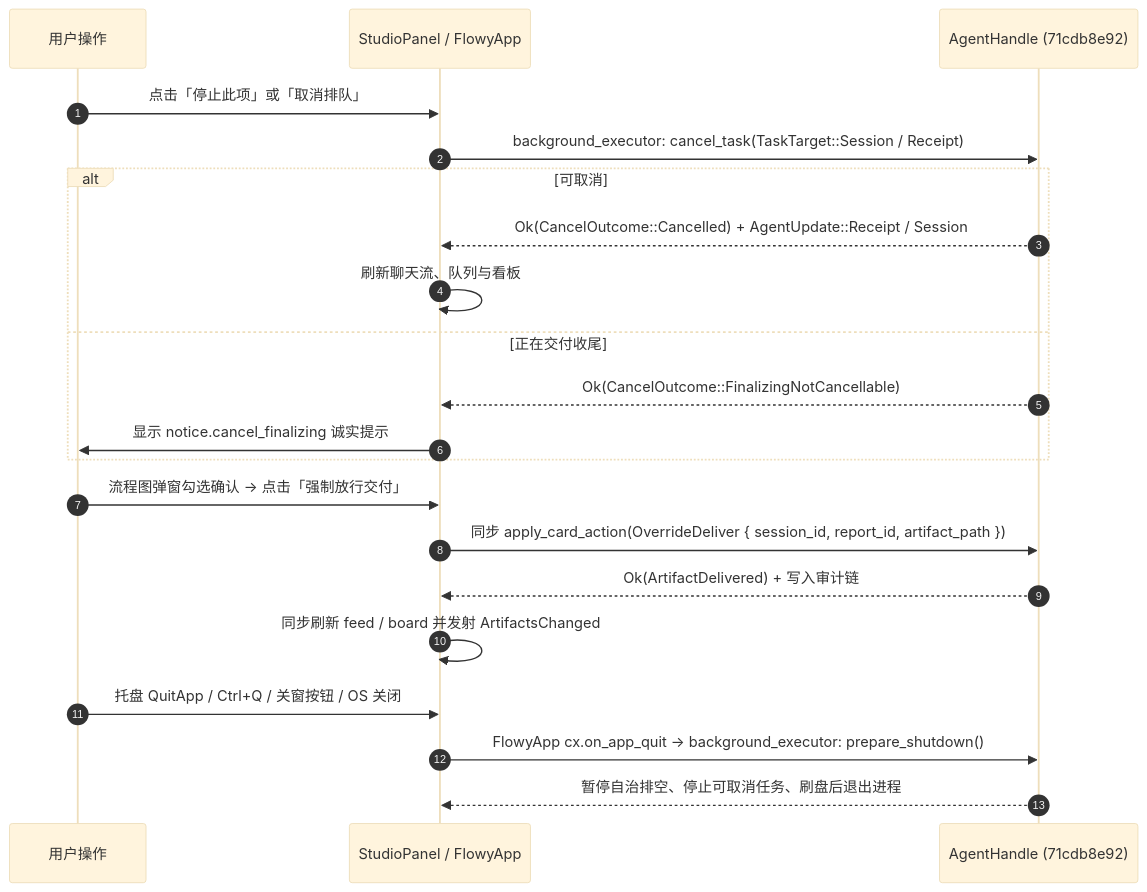
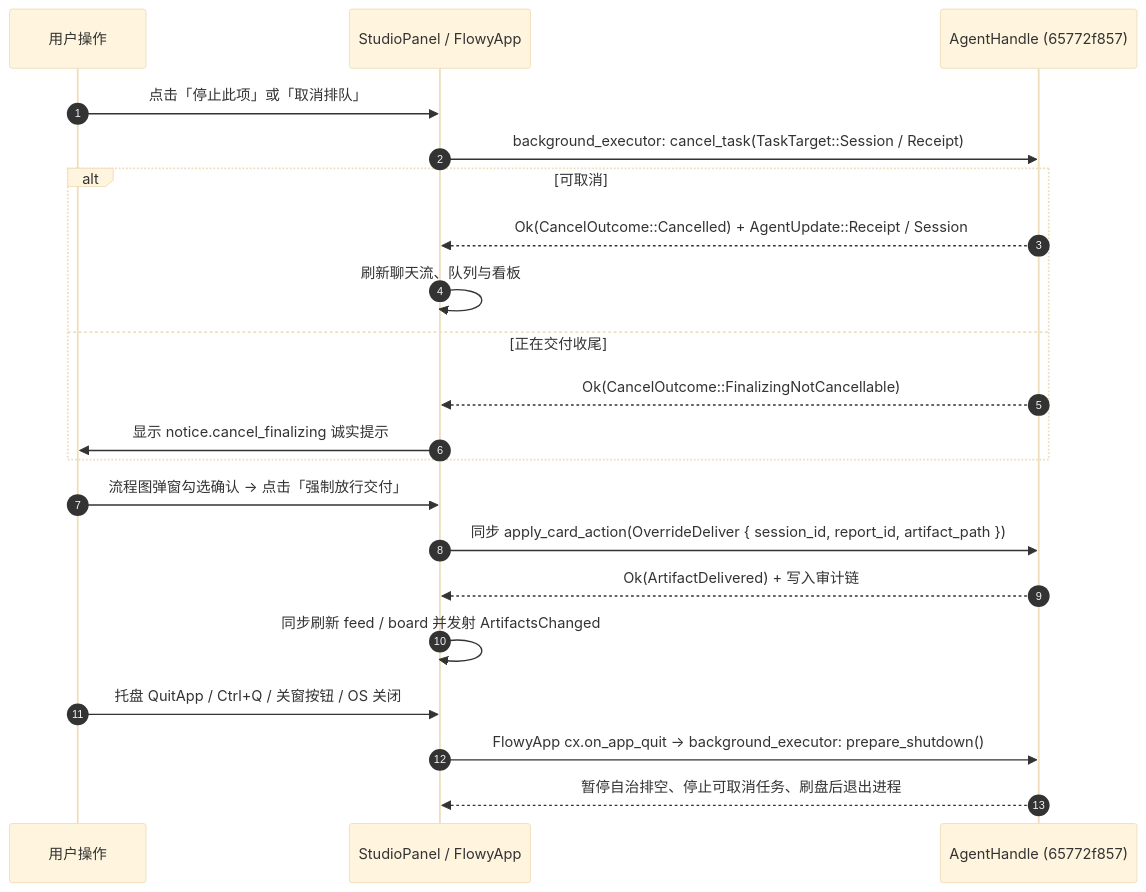
One commit to Michael-Lfx/allo changed the third of 4 diagrams in flowy18_wip/docs/plans/local-first-ui-v2.zh.md. Above: the diagram before and after it, drawn with Mermaid (base theme). The commit also changed other lines of this file and 1 other file, not shown here.

Commit message:
docs(flowy18): sync Local-First UI v2 architecture doc and plans index with 6+4 closure

````diff
--- a/flowy18_wip/docs/plans/local-first-ui-v2.zh.md
+++ b/flowy18_wip/docs/plans/local-first-ui-v2.zh.md
@@ -136,26 +136,26 @@
 ```mermaid
 sequenceDiagram
   autonumber
   participant User as 用户操作
   participant Panel as StudioPanel / FlowyApp
-  participant Agent as AgentHandle (71cdb8e92)
+  participant Agent as AgentHandle (65772f857)
 
   User->>Panel: 点击「停止此项」或「取消排队」
   Panel->>Agent: background_executor: cancel_task(TaskTarget::Session / Receipt)
   alt 可取消
     Agent-->>Panel: Ok(CancelOutcome::Cancelled) + AgentUpdate::Receipt / Session
     Panel->>Panel: 刷新聊天流、队列与看板
   else 正在交付收尾
     Agent-->>Panel: Ok(CancelOutcome::FinalizingNotCancellable)
     Panel->>User: 显示 notice.cancel_finalizing 诚实提示
   end
 
   User->>Panel: 流程图弹窗勾选确认 -> 点击「强制放行交付」
   Panel->>Agent: 同步 apply_card_action(OverrideDeliver { session_id, report_id, artifact_path })
   Agent-->>Panel: Ok(ArtifactDelivered) + 写入审计链
   Panel->>Panel: 同步刷新 feed / board 并发射 ArtifactsChanged
 
   User->>Panel: 托盘 QuitApp / Ctrl+Q / 关窗按钮 / OS 关闭
   Panel->>Agent: FlowyApp cx.on_app_quit -> background_executor: prepare_shutdown()
   Agent-->>Panel: 暂停自治排空、停止可取消任务、刷盘后退出进程
 ```
````
